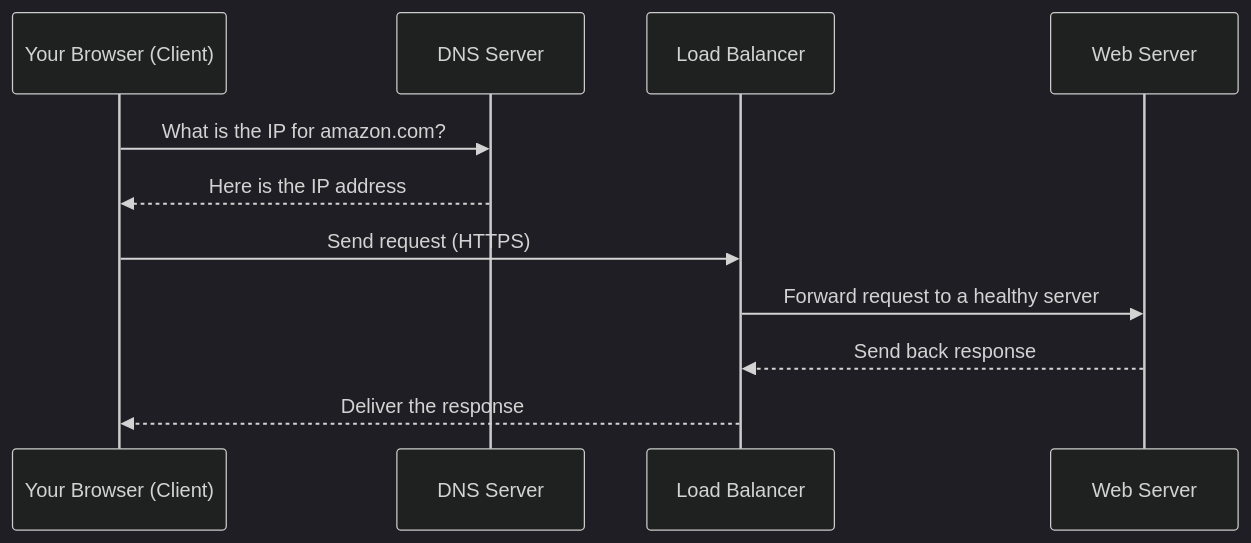
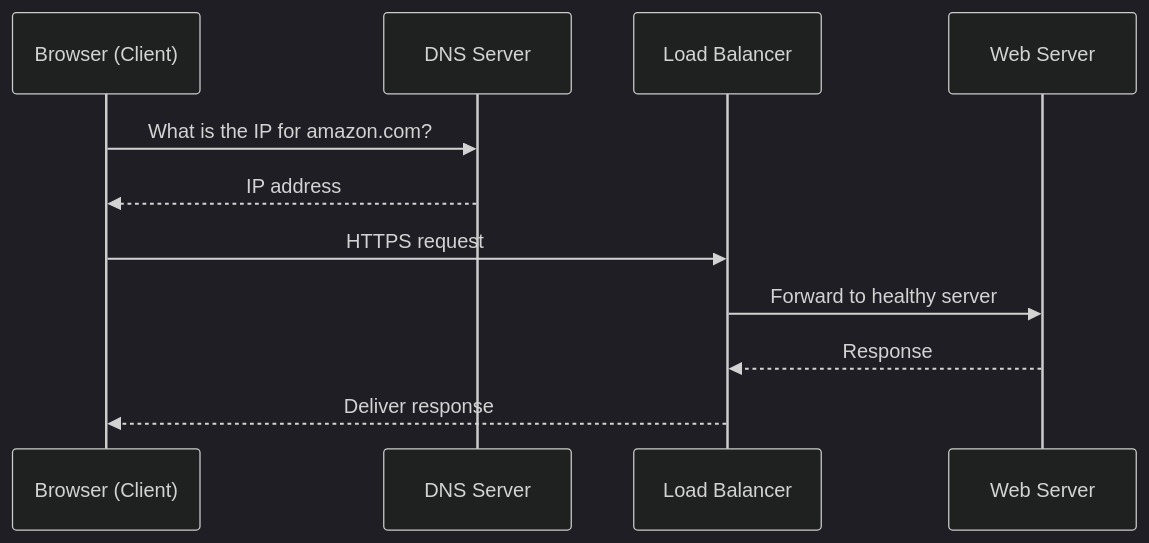
One commit to Kali-Decoder/Advanced-software-engineering-courses changed the fourth of 30 diagrams in Advanced Backend and Distributed System Design.md. Above: the diagram before and after it, drawn with Mermaid (dark theme). The commit also changed other lines of this file and 7 other files, not shown here.

````diff
--- a/Advanced Backend and Distributed System Design.md
+++ b/Advanced Backend and Distributed System Design.md
@@ -18,14 +339,14 @@
 ```mermaid
 sequenceDiagram
-    participant You as Your Browser (Client)
+    participant You as Browser (Client)
     participant DNS as DNS Server
     participant LB as Load Balancer
     participant Server as Web Server
 
     You->>DNS: What is the IP for amazon.com?
-    DNS-->>You: Here is the IP address
-    You->>LB: Send request (HTTPS)
-    LB->>Server: Forward request to a healthy server
-    Server-->>LB: Send back response
-    LB-->>You: Deliver the response
+    DNS-->>You: IP address
+    You->>LB: HTTPS request
+    LB->>Server: Forward to healthy server
+    Server-->>LB: Response
+    LB-->>You: Deliver response
 ```
````
